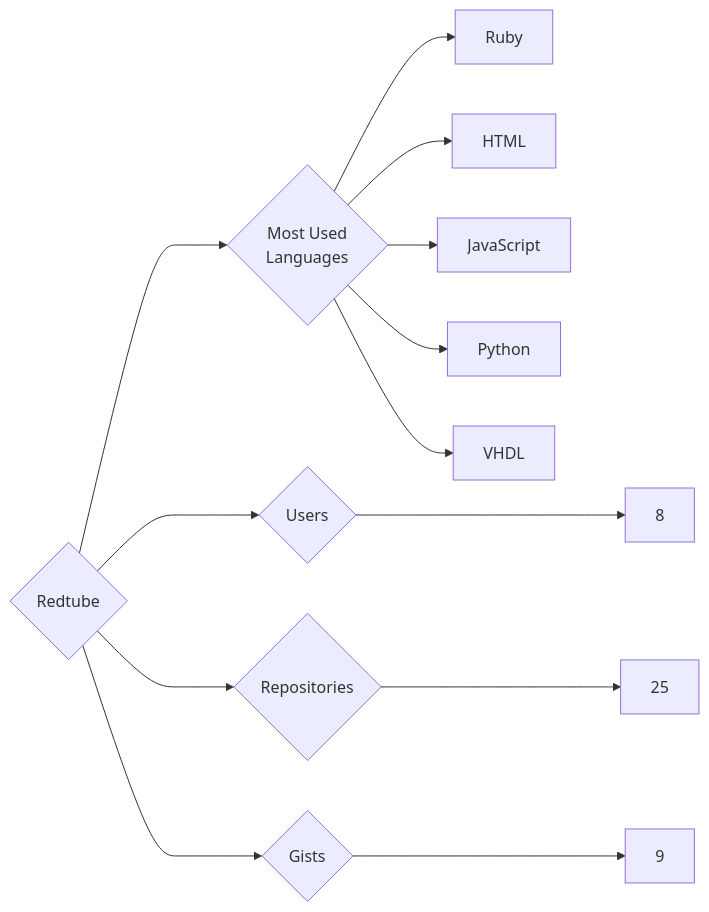
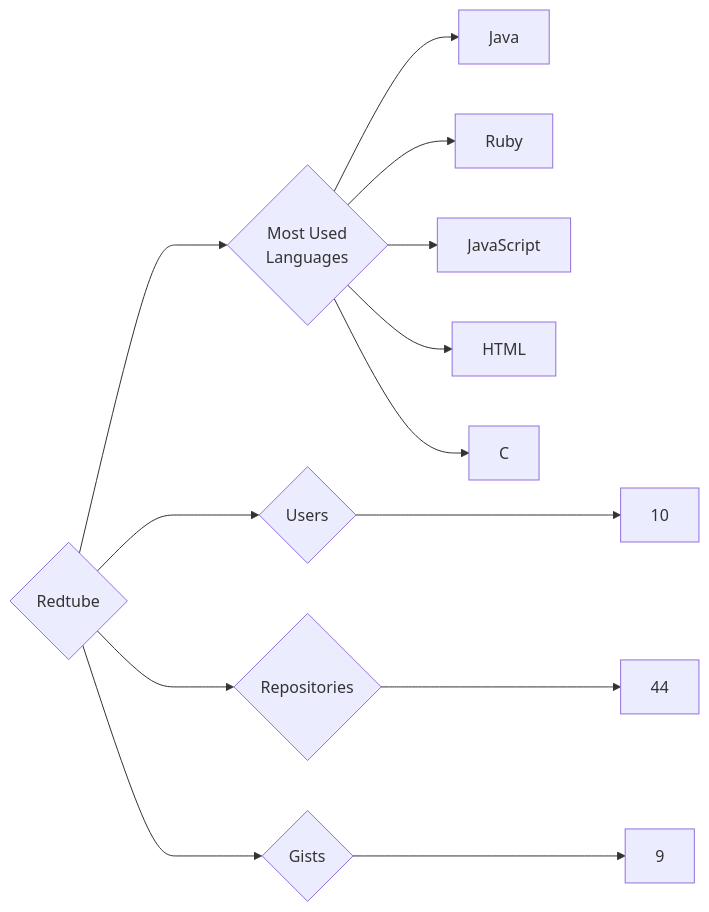
The diagram in targets/Redtube/README.md (trickest/insiders), drawn with Mermaid before and after one commit. The commit also changed 969 other files, not shown here.

````diff
--- a/targets/Redtube/README.md
+++ b/targets/Redtube/README.md
@@ -3,13 +3,13 @@
 ```mermaid
 graph LR
 COMPANY_NAME{Redtube}
-COMPANY_NAME ---> U{Users} ---> UN[8]
-COMPANY_NAME ---> R{Repositories} ---> RN[25]
+COMPANY_NAME ---> U{Users} ---> UN[10]
+COMPANY_NAME ---> R{Repositories} ---> RN[44]
 COMPANY_NAME ---> G{Gists} ---> GN[9]
 COMPANY_NAME ---> ML{Most Used<br>Languages}
+ML --> Java[Java]
 ML --> Ruby[Ruby]
+ML --> JavaScript[JavaScript]
 ML --> HTML[HTML]
-ML --> JavaScript[JavaScript]
-ML --> Python[Python]
-ML --> VHDL[VHDL]
+ML --> C[C]
 ```
````
